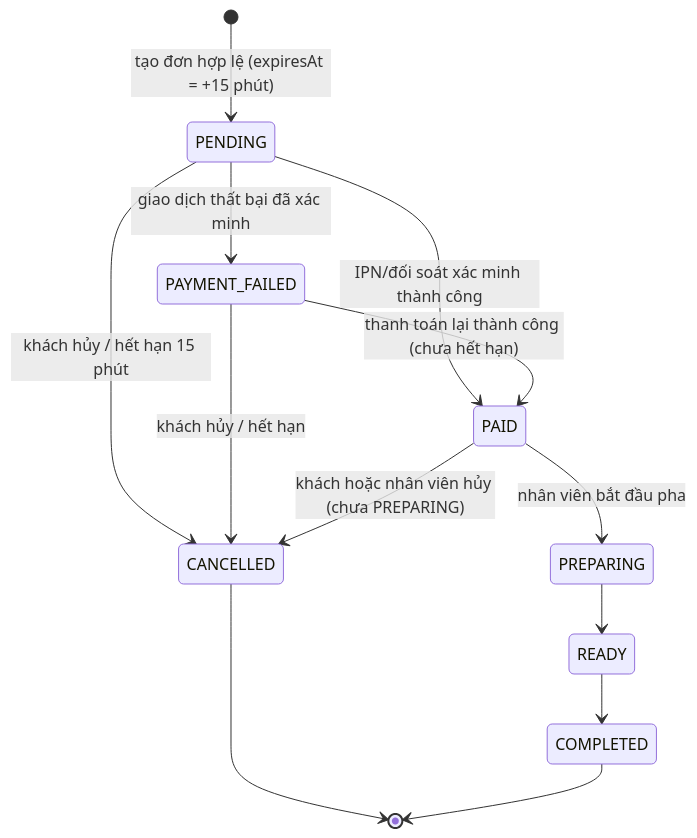
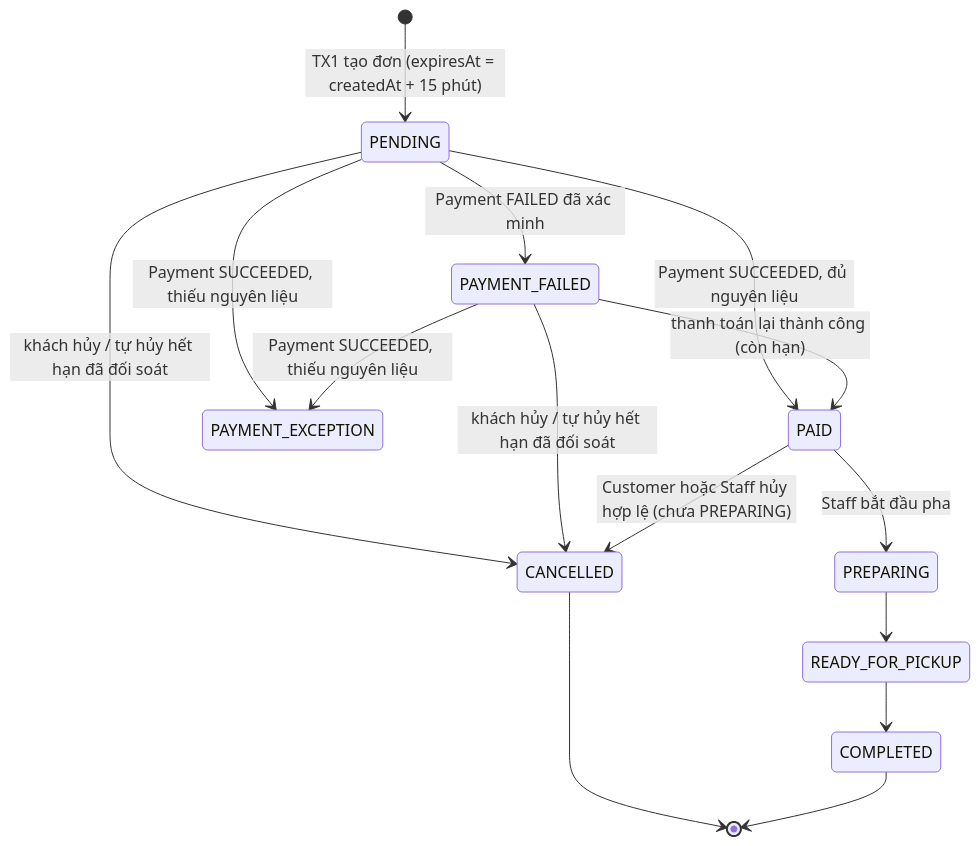
The first of 2 diagrams in docs/architecture/architecture.md (mhien06/SWE_A2), drawn with Mermaid before and after one commit. The commit also changed other lines of this file and 19 other files, not shown here.

Commit message:
docs(task3.1): dong bo kien truc va ADR voi SRS, Use Case, Domain Class va Sequence

````diff
--- a/docs/architecture/architecture.md
+++ b/docs/architecture/architecture.md
@@ -97,15 +93,17 @@
 ```mermaid
 stateDiagram-v2
-    [*] --> PENDING: tạo đơn hợp lệ (expiresAt = +15 phút)
-    PENDING --> PAID: IPN/đối soát xác minh thành công
-    PENDING --> PAYMENT_FAILED: giao dịch thất bại đã xác minh
-    PAYMENT_FAILED --> PAID: thanh toán lại thành công (chưa hết hạn)
-    PENDING --> CANCELLED: khách hủy / hết hạn 15 phút
-    PAYMENT_FAILED --> CANCELLED: khách hủy / hết hạn
-    PAID --> CANCELLED: khách hoặc nhân viên hủy (chưa PREPARING)
-    PAID --> PREPARING: nhân viên bắt đầu pha
-    PREPARING --> READY
-    READY --> COMPLETED
+    [*] --> PENDING: TX1 tạo đơn (expiresAt = createdAt + 15 phút)
+    PENDING --> PAYMENT_FAILED: Payment FAILED đã xác minh
+    PENDING --> PAID: Payment SUCCEEDED, đủ nguyên liệu
+    PAYMENT_FAILED --> PAID: thanh toán lại thành công (còn hạn)
+    PENDING --> PAYMENT_EXCEPTION: Payment SUCCEEDED, thiếu nguyên liệu
+    PAYMENT_FAILED --> PAYMENT_EXCEPTION: Payment SUCCEEDED, thiếu nguyên liệu
+    PENDING --> CANCELLED: khách hủy / tự hủy hết hạn đã đối soát
+    PAYMENT_FAILED --> CANCELLED: khách hủy / tự hủy hết hạn đã đối soát
+    PAID --> CANCELLED: Customer hoặc Staff hủy hợp lệ (chưa PREPARING)
+    PAID --> PREPARING: Staff bắt đầu pha
+    PREPARING --> READY_FOR_PICKUP
+    READY_FOR_PICKUP --> COMPLETED
     CANCELLED --> [*]
     COMPLETED --> [*]
 ```
````
